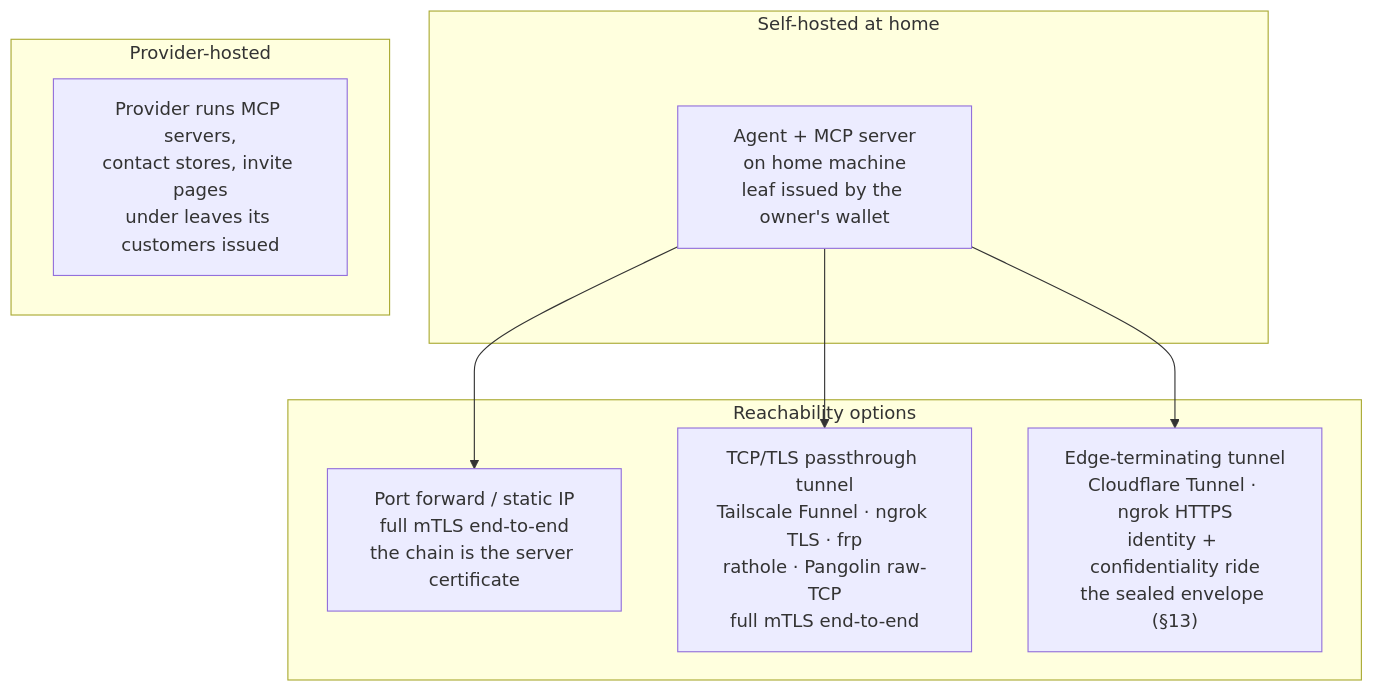
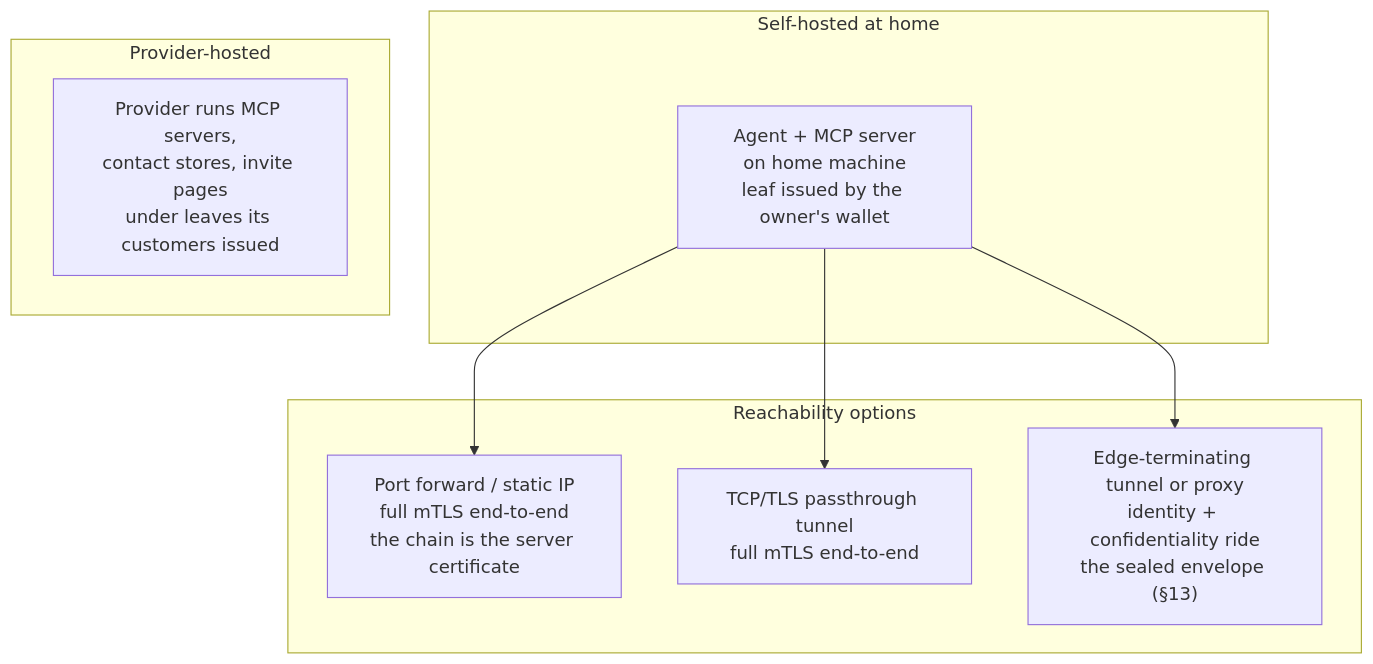
Before and after one commit to humandelegatedtrustprotocol/hdtp-spec: the diagram in docs/specification/1.0/deployment.md, drawn with Mermaid. The commit also changed other lines of this file and 12 other files, not shown here.

````diff
--- a/docs/specification/1.0/deployment.md
+++ b/docs/specification/1.0/deployment.md
@@ -3,17 +3,17 @@
 ```mermaid
 flowchart TB
     subgraph SH["Self-hosted at home"]
         N1["Agent + MCP server<br/>on home machine<br/>leaf issued by the owner's wallet"]
     end
     subgraph TU["Reachability options"]
         T1["Port forward / static IP<br/>full mTLS end-to-end<br/>the chain is the server certificate"]
-        T2["TCP/TLS passthrough tunnel<br/>Tailscale Funnel · ngrok TLS · frp<br/>rathole · Pangolin raw-TCP<br/>full mTLS end-to-end"]
-        T3["Edge-terminating tunnel<br/>Cloudflare Tunnel · ngrok HTTPS<br/>identity + confidentiality ride<br/>the sealed envelope (§13)"]
+        T2["TCP/TLS passthrough tunnel<br/>full mTLS end-to-end"]
+        T3["Edge-terminating tunnel or proxy<br/>identity + confidentiality ride<br/>the sealed envelope (§13)"]
     end
     subgraph PF["Provider-hosted"]
         H1["Provider runs MCP servers,<br/>contact stores, invite pages<br/>under leaves its customers issued"]
     end
     N1 --> T1
     N1 --> T2
     N1 --> T3
 ```
````
